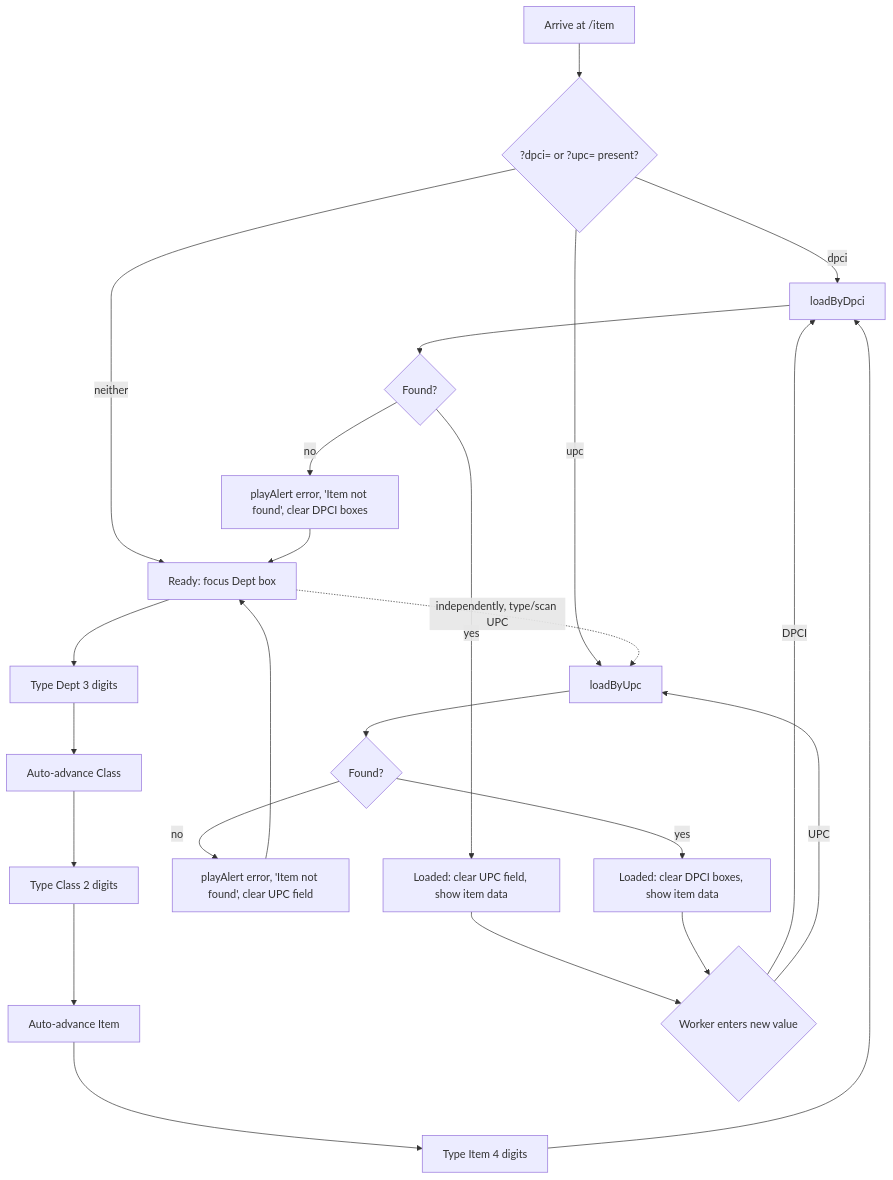
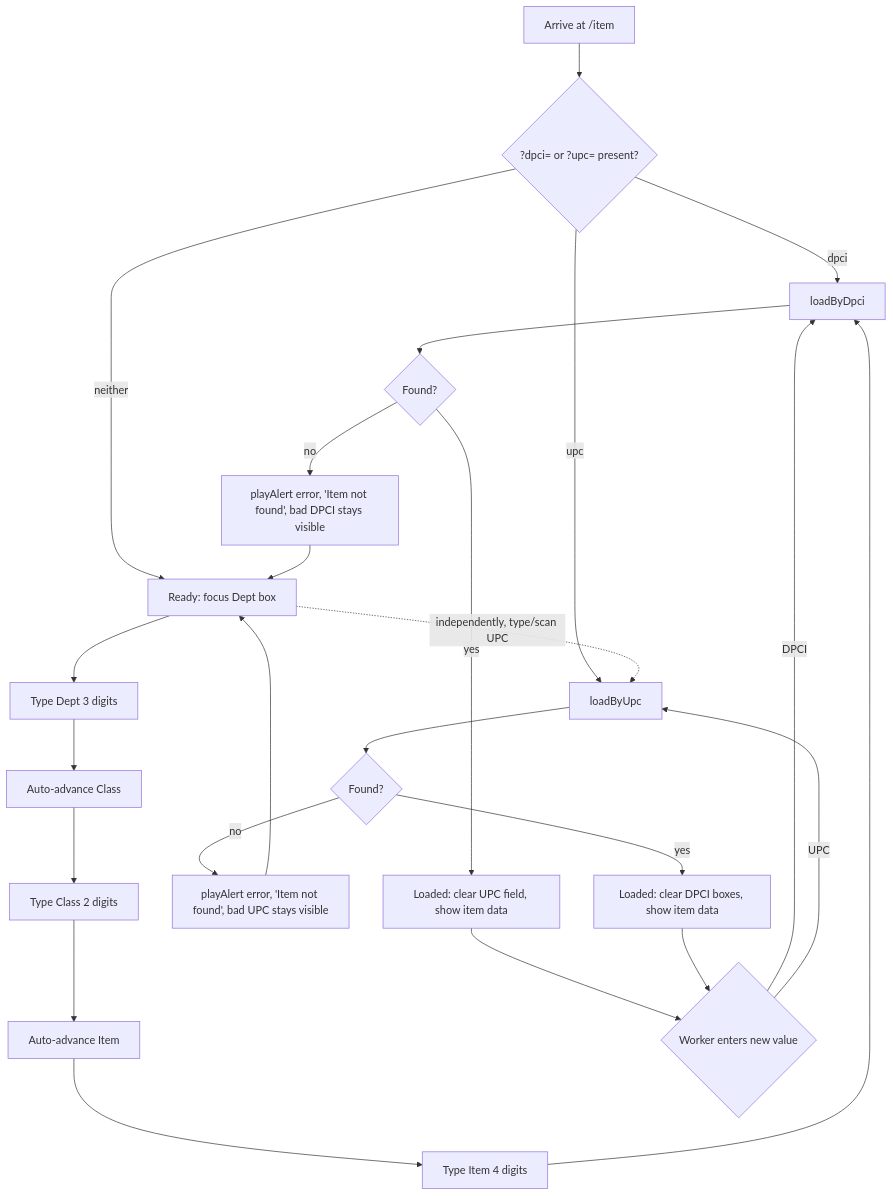
One commit to BobbyJoeCool/PalletIQ changed the diagram in Documentation/ScreenSpecs/IID.md. Above: the diagram before and after it, drawn with Mermaid. The commit also changed other lines of this file and 18 other files, not shown here.

````diff
--- a/Documentation/ScreenSpecs/IID.md
+++ b/Documentation/ScreenSpecs/IID.md
@@ -78,23 +85,23 @@
 ```mermaid
 flowchart TD
     A[Arrive at /item] --> B{?dpci= or ?upc= present?}
     B -- dpci --> D1[loadByDpci]
     B -- upc --> D2[loadByUpc]
     B -- neither --> C[Ready: focus Dept box]
     C --> S1[Type Dept 3 digits] --> S2[Auto-advance Class]
     S2 --> S3[Type Class 2 digits] --> S4[Auto-advance Item]
     S4 --> S5[Type Item 4 digits] --> D1
     C -.independently, type/scan UPC.-> D2
     D1 --> E1{Found?}
     D2 --> E2{Found?}
-    E1 -- no --> F1[playAlert error, 'Item not found', clear DPCI boxes]
-    E2 -- no --> F2[playAlert error, 'Item not found', clear UPC field]
+    E1 -- no --> F1[playAlert error, 'Item not found', bad DPCI stays visible]
+    E2 -- no --> F2[playAlert error, 'Item not found', bad UPC stays visible]
     F1 --> C
     F2 --> C
     E1 -- yes --> G[Loaded: clear UPC field, show item data]
     E2 -- yes --> H[Loaded: clear DPCI boxes, show item data]
     G --> I{Worker enters new value}
     H --> I
     I -- DPCI --> D1
     I -- UPC --> D2
 ```
````
